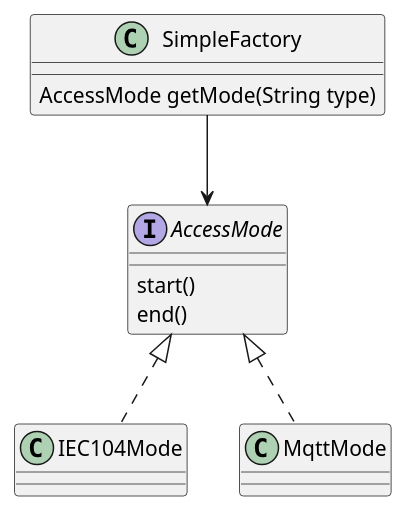
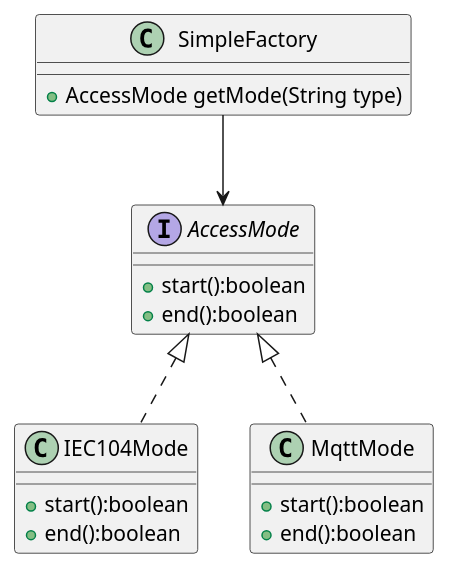
One commit to 289562326/bigdata_mhm changed the diagram in bg-designPattern/src/main/java/com/mhm/create/factoryMethod/simpleFactory/SimpleFactory.puml. Above: the diagram before and after it, drawn with PlantUML. The commit also changed 103 other files, not shown here.

```diff
--- a/bg-designPattern/src/main/java/com/mhm/create/factoryMethod/simpleFactory/SimpleFactory.puml
+++ b/bg-designPattern/src/main/java/com/mhm/create/factoryMethod/simpleFactory/SimpleFactory.puml
@@ -1,18 +1,29 @@
 @startuml
 
 
 interface AccessMode
 
 AccessMode <|.. IEC104Mode
 AccessMode <|.. MqttMode
 
-interface AccessMode {
-start()
-end()
-}
+
 class SimpleFactory{
- AccessMode getMode(String type)
+ +AccessMode getMode(String type)
 }
 SimpleFactory --> AccessMode
 
+interface AccessMode {
++start():boolean
++end():boolean
+}
+
+class IEC104Mode{
++start():boolean
++end():boolean
+}
+
+class MqttMode{
++start():boolean
++end():boolean
+}
 @enduml
```
